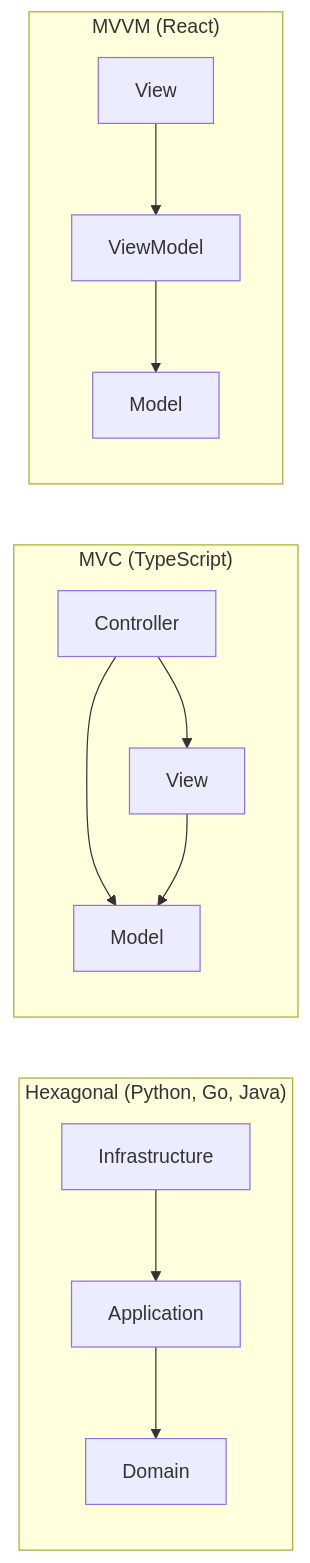
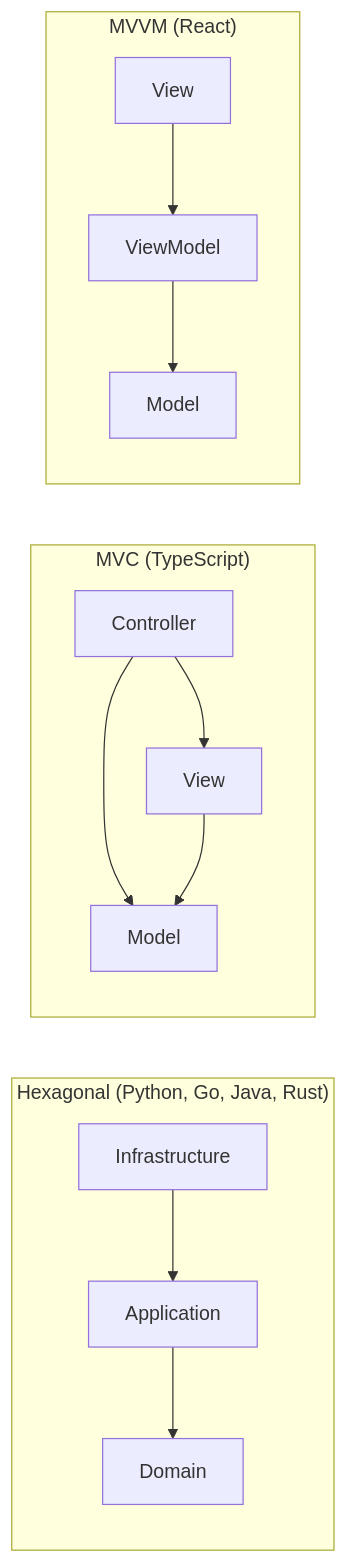
One commit to jdsalasca/open-coders-teachers changed the second of 2 diagrams in README.md. Above: the diagram before and after it, drawn with Mermaid. The commit also changed other lines of this file and 30 other files, not shown here.

````diff
--- a/README.md
+++ b/README.md
@@ -113,14 +118,14 @@
 ```mermaid
 flowchart LR
-  subgraph hex["Hexagonal (Python, Go, Java)"]
+  subgraph hex["Hexagonal (Python, Go, Java, Rust)"]
     I[Infrastructure] --> A[Application] --> D[Domain]
   end
   subgraph mvc["MVC (TypeScript)"]
     C[Controller] --> V[View]
     C --> M[Model]
     V --> M
   end
   subgraph mvvm["MVVM (React)"]
     VW[View] --> VM[ViewModel] --> MO[Model]
   end
 ```
````
